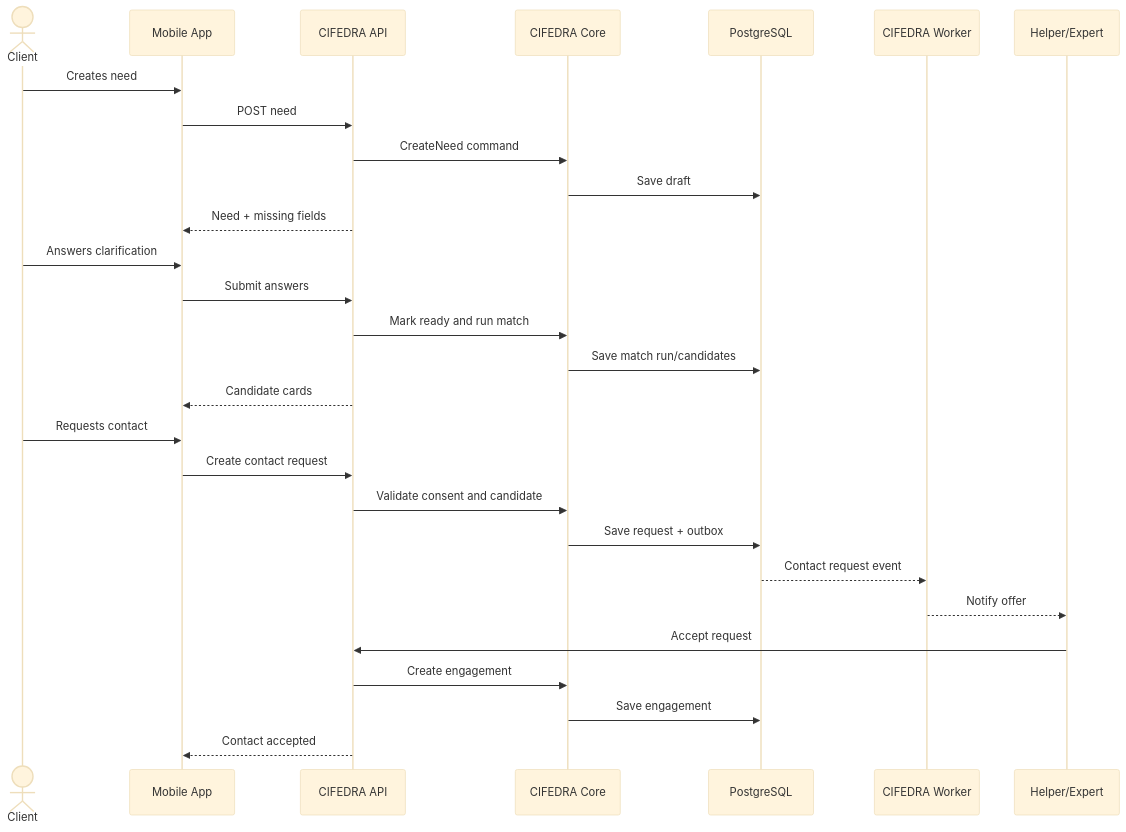
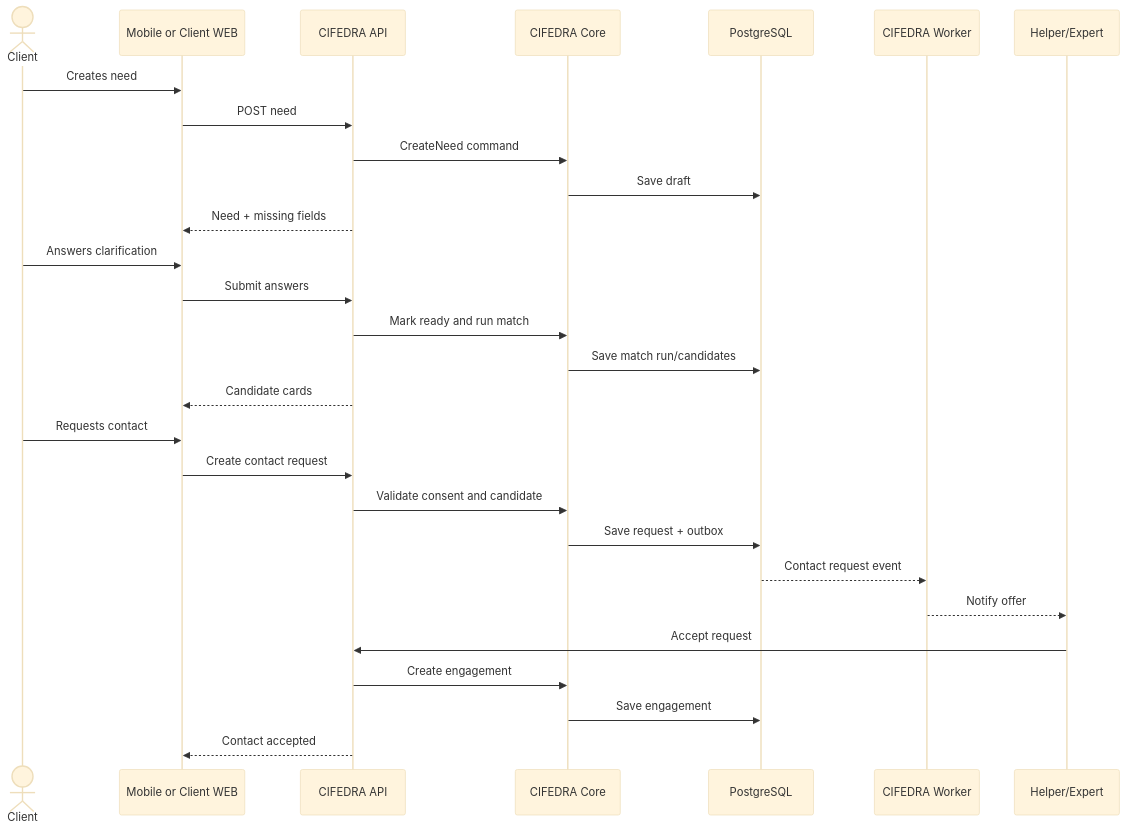
The fifth of 10 diagrams in knowledge/system/cifedra-hld.md (DIGITALATOM1/CIFEDRA), drawn with Mermaid (base theme) before and after one commit. The commit also changed other lines of this file and 18 other files, not shown here.

Commit message:
Add client web application architecture

````diff
--- a/knowledge/system/cifedra-hld.md
+++ b/knowledge/system/cifedra-hld.md
@@ -491,31 +497,31 @@
 ```mermaid
 sequenceDiagram
   actor Client
-  participant App as Mobile App
+  participant App as Mobile or Client WEB
   participant API as CIFEDRA API
   participant Core as CIFEDRA Core
   participant DB as PostgreSQL
   participant Worker as CIFEDRA Worker
   participant Provider as Helper/Expert
 
   Client->>App: Creates need
   App->>API: POST need
   API->>Core: CreateNeed command
   Core->>DB: Save draft
   API-->>App: Need + missing fields
   Client->>App: Answers clarification
   App->>API: Submit answers
   API->>Core: Mark ready and run match
   Core->>DB: Save match run/candidates
   API-->>App: Candidate cards
   Client->>App: Requests contact
   App->>API: Create contact request
   API->>Core: Validate consent and candidate
   Core->>DB: Save request + outbox
   DB-->>Worker: Contact request event
   Worker-->>Provider: Notify offer
   Provider->>API: Accept request
   API->>Core: Create engagement
   Core->>DB: Save engagement
   API-->>App: Contact accepted
 ```
````
